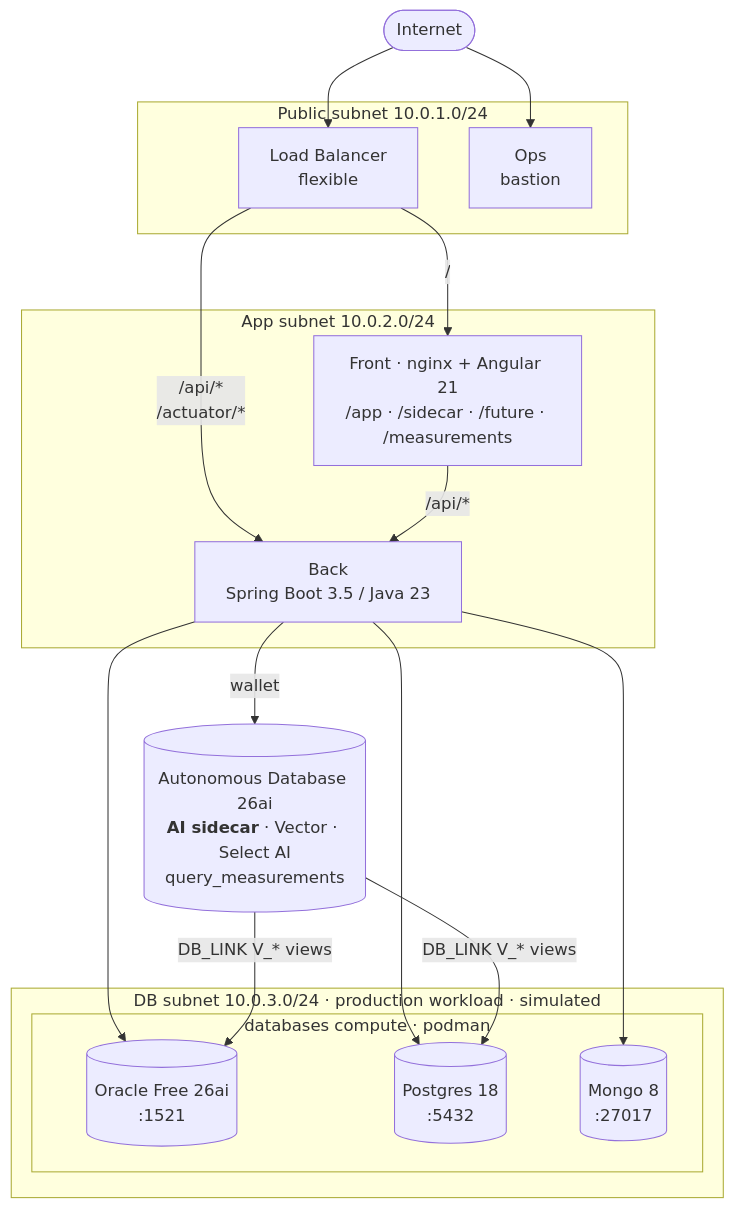
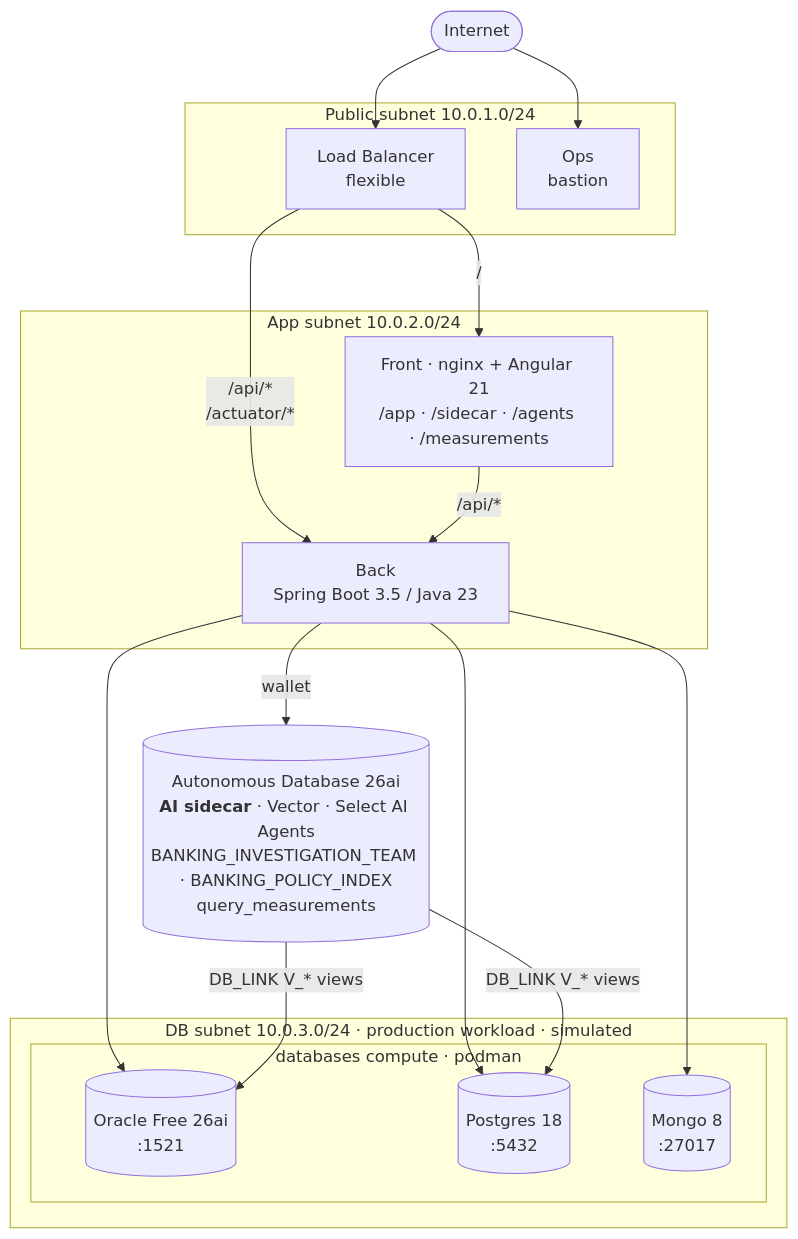
The third of 3 diagrams in README.md (vmleon/oracle-adb-sidecar-architecture), drawn with Mermaid before and after one commit. The commit also changed other lines of this file, not shown here.

Commit message:
docs(readme): describe Select AI Agents page with sequence and data-flow diagrams

````diff
--- a/README.md
+++ b/README.md
@@ -37,36 +113,36 @@
 ```mermaid
 flowchart TB
     internet([Internet])
 
     subgraph public [Public subnet 10.0.1.0/24]
         lb[Load Balancer<br/>flexible]
         ops[Ops<br/>bastion]
     end
 
     subgraph appnet [App subnet 10.0.2.0/24]
-        front["Front · nginx + Angular 21<br/>/app · /sidecar · /future · /measurements"]
+        front["Front · nginx + Angular 21<br/>/app · /sidecar · /agents · /measurements"]
         back[Back<br/>Spring Boot 3.5 / Java 23]
     end
 
     subgraph dbnet [DB subnet 10.0.3.0/24 · production workload · simulated]
         subgraph databases [databases compute · podman]
             oracle[(Oracle Free 26ai<br/>:1521)]
             postgres[(Postgres 18<br/>:5432)]
             mongo[(Mongo 8<br/>:27017)]
         end
     end
 
-    adb[(Autonomous Database 26ai<br/><b>AI sidecar</b> · Vector · Select AI<br/>query_measurements)]
+    adb[(Autonomous Database 26ai<br/><b>AI sidecar</b> · Vector · Select AI Agents<br/>BANKING_INVESTIGATION_TEAM · BANKING_POLICY_INDEX<br/>query_measurements)]
 
     internet --> lb
     internet --> ops
     lb -->|/| front
     lb -->|/api/*<br/>/actuator/*| back
     front -->|/api/*| back
     back -->|wallet| adb
     back --> oracle
     back --> postgres
     back --> mongo
     adb -->|DB_LINK V_* views| oracle
     adb -->|DB_LINK V_* views| postgres
 ```
````
